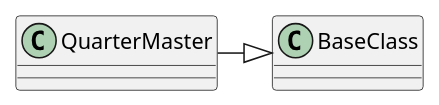
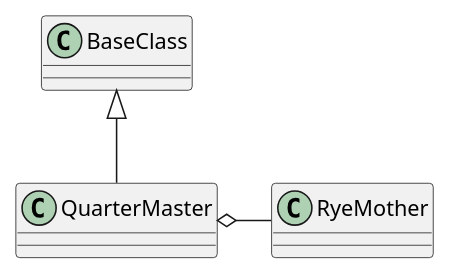
One commit to russell-n/theape changed the diagram in ape/plugins/quartermaster.rst. Above: the diagram before and after it, drawn with PlantUML. The commit also changed other lines of this file and 111 other files, not shown here.

```diff
--- a/ape/plugins/quartermaster.rst
+++ b/ape/plugins/quartermaster.rst
@@ -10,3 +10,4 @@
 .. uml::
 
-   QuarterMaster -|> BaseClass
+   BaseClass <|-- QuarterMaster
+   QuarterMaster o- RyeMother
```
